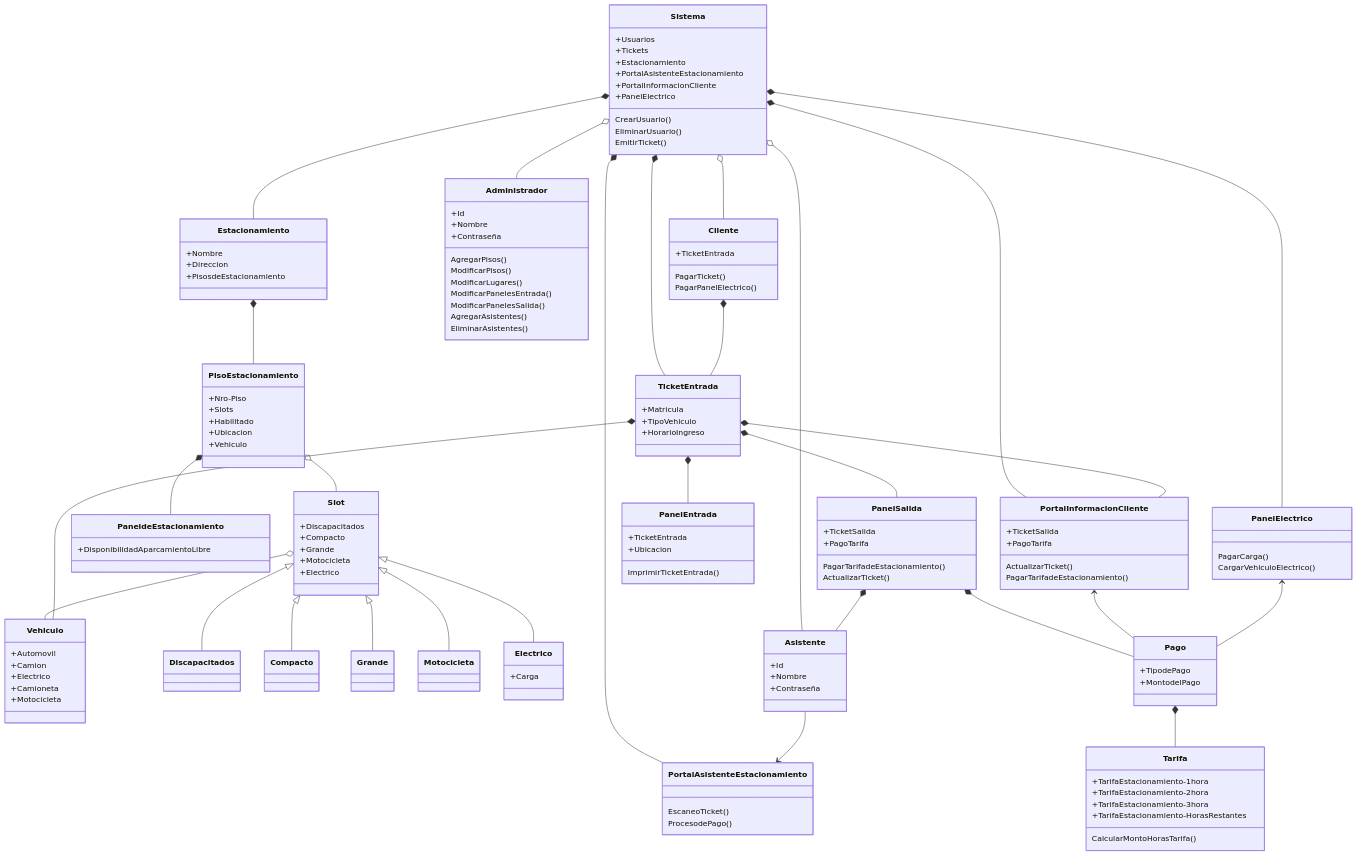
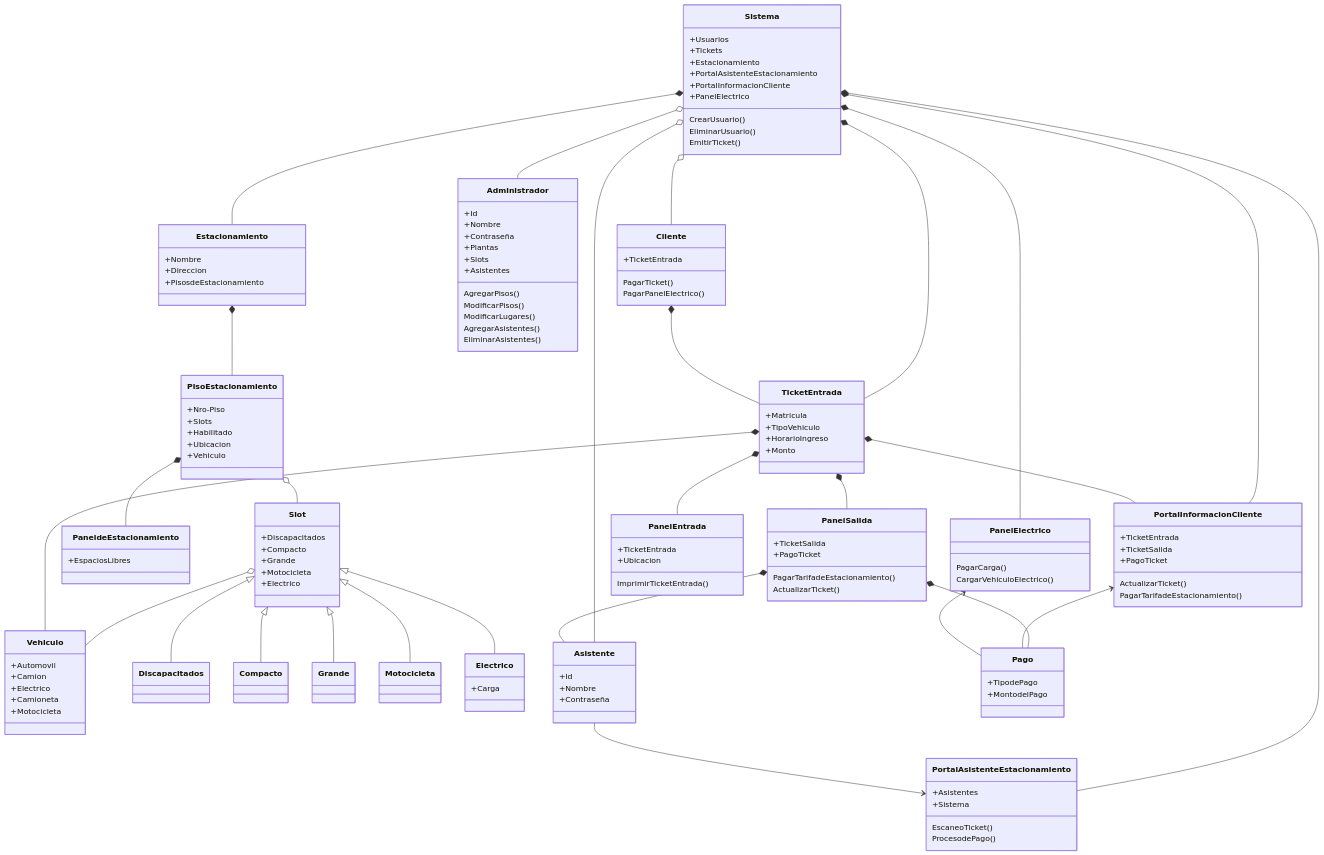
One commit to 09MauroID/Estacionamiento changed the diagram in doc/diagrama.mmd. Above: the diagram before and after it, drawn with Mermaid.

```diff
--- a/doc/diagrama.mmd
+++ b/doc/diagrama.mmd
@@ -1,153 +1,149 @@
 classDiagram
     Estacionamiento *-- PisoEstacionamiento
     PisoEstacionamiento o-- Slot
     Slot o-- Vehiculo
     PisoEstacionamiento *-- PaneldeEstacionamiento
     
     Sistema *-- Estacionamiento
     Sistema *-- TicketEntrada
     Sistema *-- PortalAsistenteEstacionamiento
     Sistema *-- PortalInformacionCliente
     Sistema *-- PanelElectrico
 
     Slot <|-- Discapacitados
     Slot <|-- Compacto
     Slot <|-- Grande
     Slot <|-- Motocicleta
     Slot <|-- Electrico
     
     Sistema o-- Administrador
     Sistema o-- Cliente
     Sistema o-- Asistente
     
     Asistente --> PortalAsistenteEstacionamiento
 
     Cliente *-- TicketEntrada
 
     TicketEntrada *-- PanelEntrada
     TicketEntrada *-- PanelSalida
     TicketEntrada *-- PortalInformacionCliente
     TicketEntrada *-- Vehiculo
 
     PanelSalida *-- Asistente
     PanelSalida *-- Pago    
 
     PortalInformacionCliente <-- Pago
 
     PanelElectrico <-- Pago
-
-    Pago *-- Tarifa
 
     class Sistema
     Sistema: +Usuarios
     Sistema: +Tickets
     Sistema: +Estacionamiento
     Sistema: +PortalAsistenteEstacionamiento
     Sistema: +PortalInformacionCliente
     Sistema: +PanelElectrico
     Sistema: CrearUsuario()
     Sistema: EliminarUsuario()
     Sistema: EmitirTicket()
 
     class Estacionamiento
     Estacionamiento: +Nombre
     Estacionamiento: +Direccion
     Estacionamiento: +PisosdeEstacionamiento
 
     class PisoEstacionamiento
     PisoEstacionamiento: +Nro-Piso
     PisoEstacionamiento: +Slots
     PisoEstacionamiento: +Habilitado
     PisoEstacionamiento: +Ubicacion
     PisoEstacionamiento: +Vehiculo
 
     class Slot
     Slot: +Discapacitados
     Slot: +Compacto
     Slot: +Grande
     Slot: +Motocicleta
     Slot: +Electrico
     
     class Discapacitados
 
     class Compacto
     
     class Grande
     
     class Motocicleta
     
     class Electrico
     Electrico: +Carga
 
     class Vehiculo
     Vehiculo: +Automovil
     Vehiculo: +Camion
     Vehiculo: +Electrico
     Vehiculo: +Camioneta
     Vehiculo: +Motocicleta
 
     class Administrador
     Administrador: +Id
     Administrador: +Nombre
     Administrador: +Contraseña
+    Administrador: +Plantas
+    Administrador: +Slots
+    Administrador: +Asistentes
     Administrador: AgregarPisos()
     Administrador: ModificarPisos()
     Administrador: ModificarLugares()
-    Administrador: ModificarPanelesEntrada()
-    Administrador: ModificarPanelesSalida()
     Administrador: AgregarAsistentes()
     Administrador: EliminarAsistentes()
 
     class Asistente
     Asistente: +Id
     Asistente: +Nombre
     Asistente: +Contraseña
     
     class Cliente
     Cliente: +TicketEntrada
     Cliente: PagarTicket()
     Cliente: PagarPanelElectrico()
 
     class TicketEntrada
     TicketEntrada: +Matricula
     TicketEntrada: +TipoVehiculo
     TicketEntrada: +HorarioIngreso
+    TicketEntrada: +Monto
 
     class PanelEntrada
     PanelEntrada: +TicketEntrada
     PanelEntrada: +Ubicacion
     PanelEntrada: ImprimirTicketEntrada()
 
     class PanelSalida
     PanelSalida: +TicketSalida
-    PanelSalida: +PagoTarifa
+    PanelSalida: +PagoTicket
     PanelSalida: PagarTarifadeEstacionamiento()
     PanelSalida: ActualizarTicket()
 
     class Pago
     Pago: +TipodePago
     Pago: +MontodelPago
 
-    class Tarifa
-    Tarifa: +TarifaEstacionamiento-1hora
-    Tarifa: +TarifaEstacionamiento-2hora
-    Tarifa: +TarifaEstacionamiento-3hora
-    Tarifa: +TarifaEstacionamiento-HorasRestantes
-    Tarifa: CalcularMontoHorasTarifa()
-
     class PaneldeEstacionamiento
-    PaneldeEstacionamiento: +DisponibilidadAparcamientoLibre
+    PaneldeEstacionamiento: +EspaciosLibres
 
     class PortalAsistenteEstacionamiento
+    PortalAsistenteEstacionamiento: +Asistentes
+    PortalAsistenteEstacionamiento: +Sistema
     PortalAsistenteEstacionamiento: EscaneoTicket()
     PortalAsistenteEstacionamiento: ProcesodePago()
 
     class PortalInformacionCliente
+    PortalInformacionCliente: +TicketEntrada
     PortalInformacionCliente: +TicketSalida
-    PortalInformacionCliente: +PagoTarifa
+    PortalInformacionCliente: +PagoTicket
     PortalInformacionCliente: ActualizarTicket()
     PortalInformacionCliente: PagarTarifadeEstacionamiento()
 
     class PanelElectrico
     PanelElectrico: PagarCarga()
     PanelElectrico: CargarVehiculoElectrico()
```
